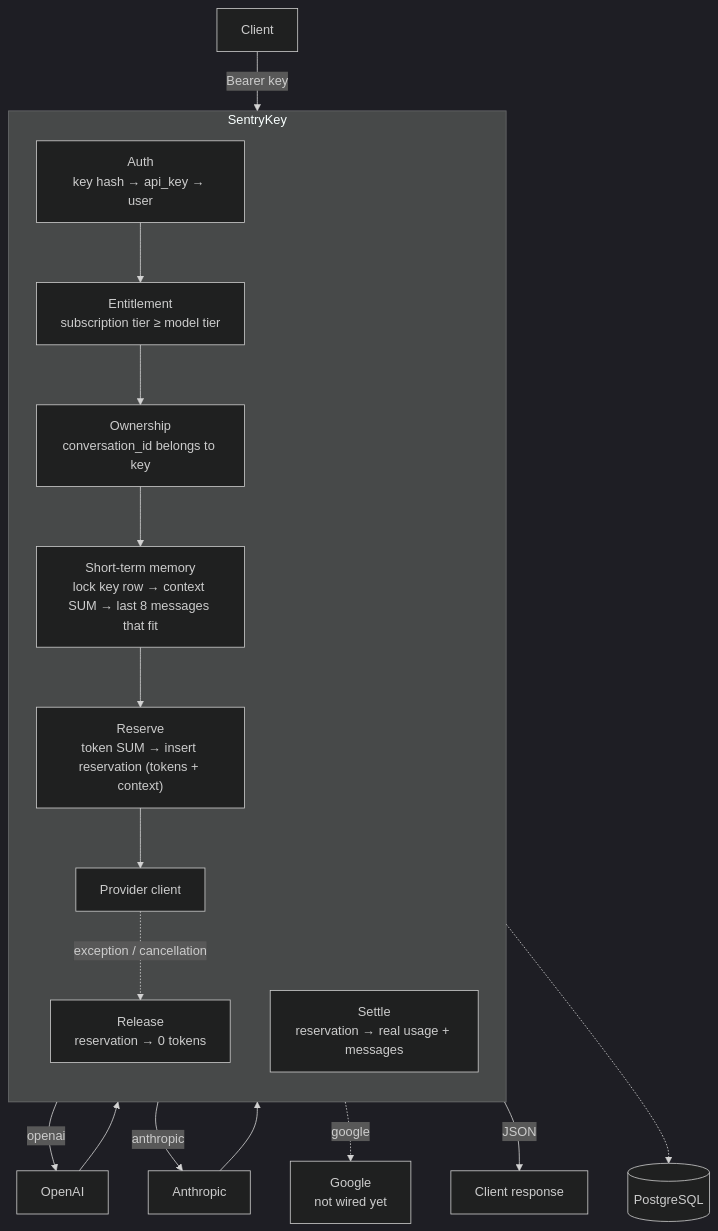
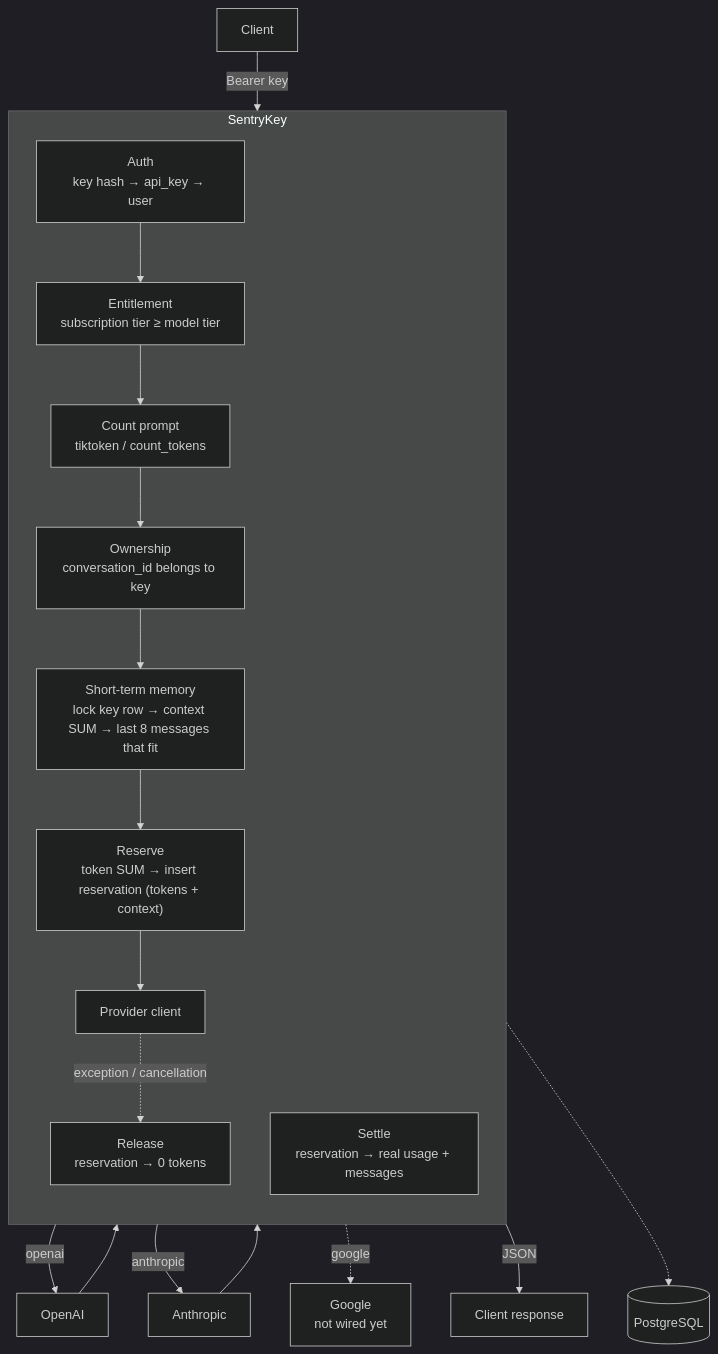
One commit to goutham-226/SentryKey changed the diagram in README.md. Above: the diagram before and after it, drawn with Mermaid (dark theme). The commit also changed other lines of this file, not shown here.

````diff
--- a/README.md
+++ b/README.md
@@ -74,33 +74,34 @@
 ```mermaid
 flowchart TB
     C[Client]
 
     subgraph GW["SentryKey"]
         direction TB
         AUTH["Auth<br/>key hash → api_key → user"]
         ENT["Entitlement<br/>subscription tier ≥ model tier"]
+        COUNT["Count prompt<br/>tiktoken / count_tokens"]
         OWN["Ownership<br/>conversation_id belongs to key"]
         CTX["Short-term memory<br/>lock key row → context SUM → last 8 messages that fit"]
         QUOTA["Reserve<br/>token SUM → insert reservation (tokens + context)"]
         PROV["Provider client"]
         SETTLE["Settle<br/>reservation → real usage + messages"]
         REL["Release<br/>reservation → 0 tokens"]
     end
 
     OAI["OpenAI"]
     ANT["Anthropic"]
     GEM["Google<br/>not wired yet"]
     R[Client response]
     PG[("PostgreSQL")]
 
-    C -->|Bearer key| AUTH --> ENT --> OWN --> CTX --> QUOTA --> PROV
+    C -->|Bearer key| AUTH --> ENT --> COUNT --> OWN --> CTX --> QUOTA --> PROV
     PROV -->|openai| OAI
     PROV -->|anthropic| ANT
     PROV -.->|google| GEM
     OAI --> SETTLE
     ANT --> SETTLE
     SETTLE -->|JSON| R
     PROV -.->|exception / cancellation| REL
 
     GW -.-> PG
 ```
````
